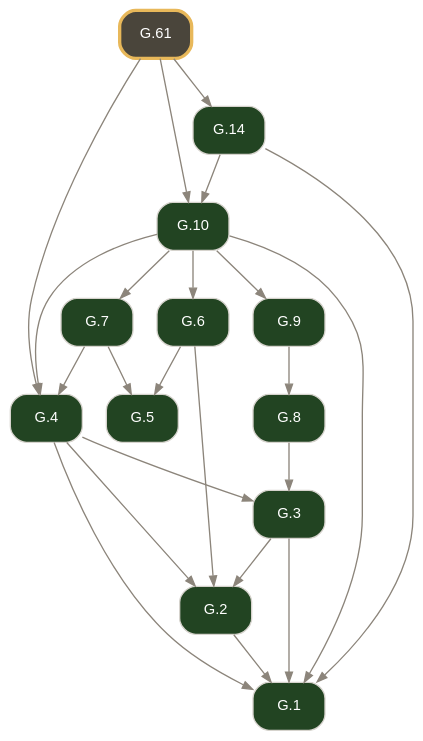
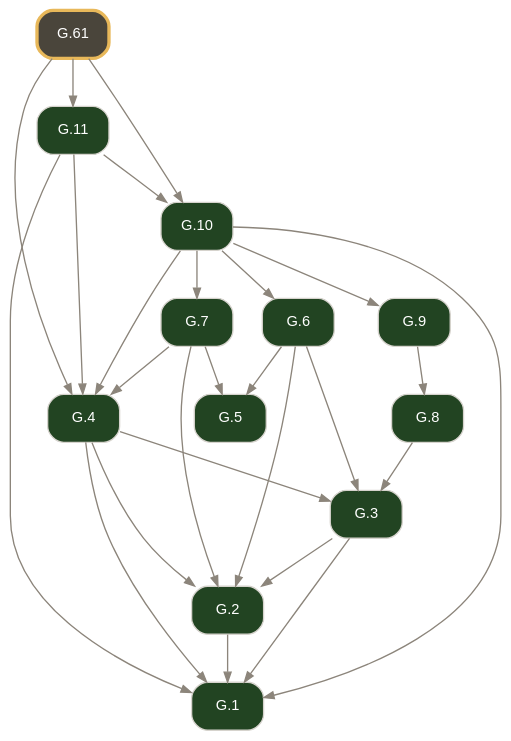
The diagram in docsrc/elements2/G.61/index.rst (geometor/elements), drawn with Graphviz before and after one commit. The commit also changed other lines of this file and 1276 other files, not shown here.

```diff
--- a/docsrc/elements2/G.61/index.rst
+++ b/docsrc/elements2/G.61/index.rst
@@ -34,42 +34,45 @@
 .. graphviz::
 
    digraph {
      bgcolor="transparent";
      node [shape=box, style="rounded,filled", fontname="Helvetica", fontsize=11, color="#d6d3cd", fontcolor="#ffffff"];
      edge [color="#8c857b", fontcolor="#8c857b", arrowsize=0.75];
      rankdir="TB";
      "G.1" [label="G.1", tooltip="G.1 (I.def.1): A point A is that which has no part.", fillcolor="#224422", URL="../G.1/index.html", target="_top"];
      "G.2" [label="G.2", tooltip="G.2 (I.def.2): A line [ A B ] is a projection of a relationship of two points A, B.", fillcolor="#224422", URL="../G.2/index.html", target="_top"];
      "G.3" [label="G.3", tooltip="G.3 (I.def.3): The extremities of a segment / A B / are points A, B.", fillcolor="#224422", URL="../G.3/index.html", target="_top"];
      "G.4" [label="G.4", tooltip="G.4 (I.def.4): A segment / A B / is a portion of a line [ A B ] between two points A, B on the line.", fillcolor="#224422", URL="../G.4/index.html", target="_top"];
      "G.5" [label="G.5", tooltip="G.5 (I.def.5): A surface is that which has length and breadth only.", fillcolor="#224422", URL="../G.5/index.html", target="_top"];
      "G.6" [label="G.6", tooltip="G.6 (I.def.6): The extremities of a surface are lines or arcs.", fillcolor="#224422", URL="../G.6/index.html", target="_top"];
      "G.7" [label="G.7", tooltip="G.7 (I.def.7): A plane surface lies evenly with the lines on itself.", fillcolor="#224422", URL="../G.7/index.html", target="_top"];
      "G.8" [label="G.8", tooltip="G.8 (I.def.13): A boundary is the extremity of anything.", fillcolor="#224422", URL="../G.8/index.html", target="_top"];
      "G.9" [label="G.9", tooltip="G.9 (I.def.14): A figure is that which is contained by any boundary or boundaries.", fillcolor="#224422", URL="../G.9/index.html", target="_top"];
      "G.10" [label="G.10", tooltip="G.10 (I.def.15): A circle ( A B ) is a plane figure contained by one arc defined by a center A and a point B establishing its defining radius / A B /, such that all segments / A B /, / A C /, / A D...", fillcolor="#224422", URL="../G.10/index.html", target="_top"];
-     "G.14" [label="G.14", tooltip="G.14 (I.def.16): The point A within the circle ( A B ) from which all segments / A B /, / A C / to the arc are equal is called the center of the circle.", fillcolor="#224422", URL="../G.14/index.html", target="_top"];
+     "G.11" [label="G.11", tooltip="G.11 (I.def.16): The point A within the circle ( A B ) from which all segments / A B /, / A C / to the arc are equal is called the center of the circle.", fillcolor="#224422", URL="../G.11/index.html", target="_top"];
      "G.61" [label="G.61", tooltip="G.61 (I.def.17): A diameter of a circle is any segment drawn through the center and terminated in both directions by the arc of the circle; it bisects the circle.", penwidth=2.5, color="#e8b85a", fillcolor="#4a453b", URL="index.html", target="_top"];
      "G.2" -> "G.1";
      "G.3" -> "G.1";
      "G.4" -> "G.1";
      "G.10" -> "G.1";
-     "G.14" -> "G.1";
+     "G.11" -> "G.1";
      "G.3" -> "G.2";
      "G.4" -> "G.2";
      "G.6" -> "G.2";
+     "G.7" -> "G.2";
      "G.4" -> "G.3";
+     "G.6" -> "G.3";
      "G.8" -> "G.3";
      "G.7" -> "G.4";
      "G.10" -> "G.4";
+     "G.11" -> "G.4";
      "G.61" -> "G.4";
      "G.6" -> "G.5";
      "G.7" -> "G.5";
      "G.10" -> "G.6";
      "G.10" -> "G.7";
      "G.9" -> "G.8";
      "G.10" -> "G.9";
-     "G.14" -> "G.10";
+     "G.11" -> "G.10";
      "G.61" -> "G.10";
-     "G.61" -> "G.14";
+     "G.61" -> "G.11";
    }
```
